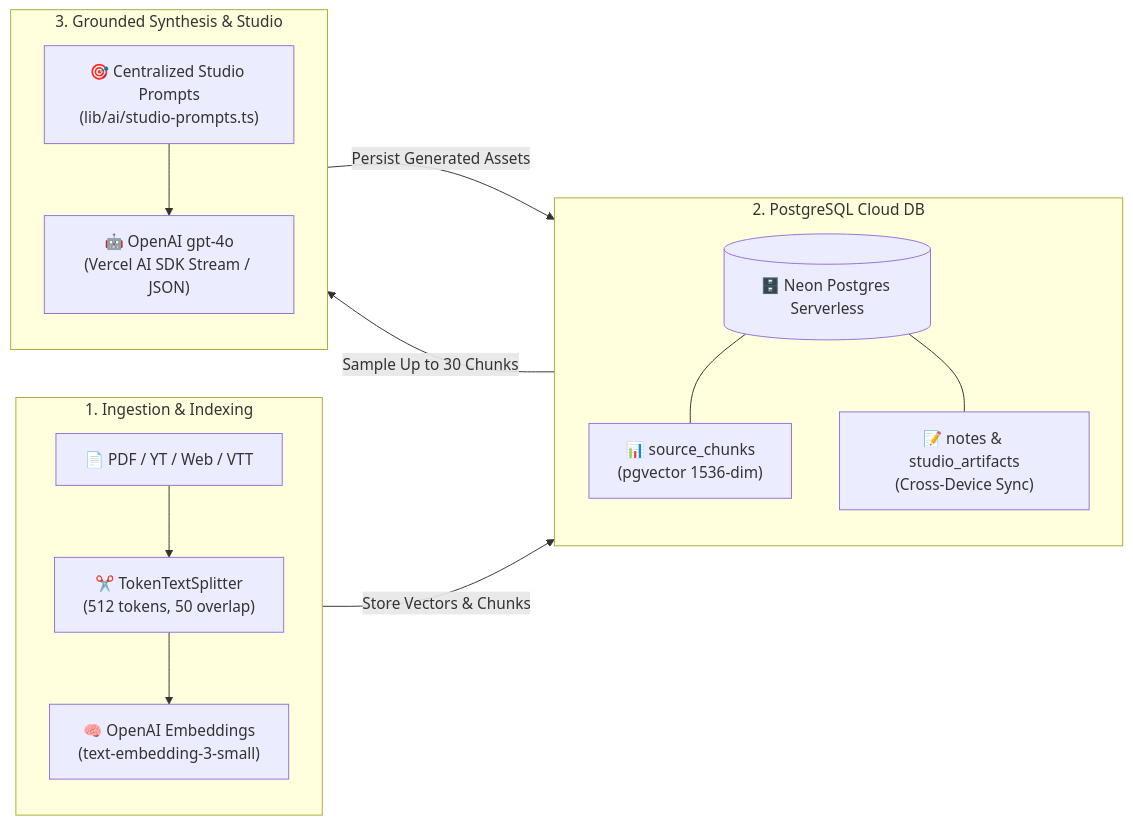
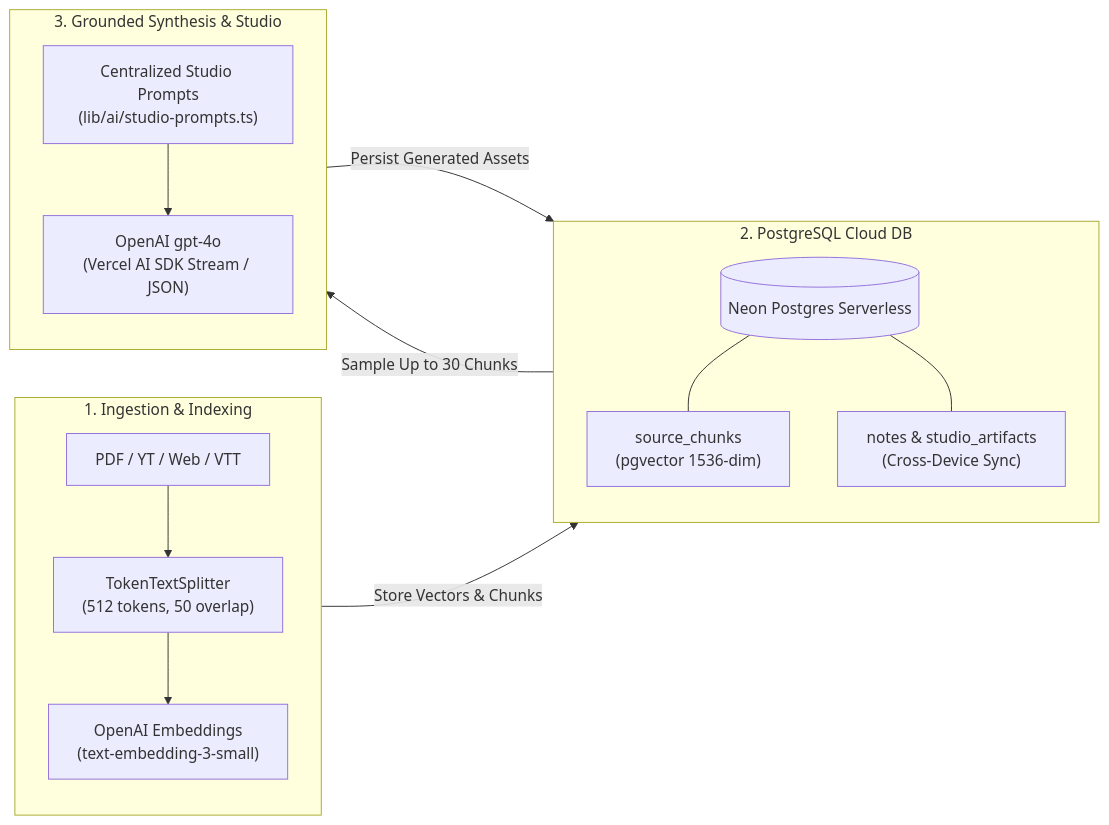
One commit to arunava2018/SourceMind changed the first of 2 diagrams in README.md. Above: the diagram before and after it, drawn with Mermaid. The commit also changed other lines of this file and 5 other files, not shown here.

Commit message:
feat: implement daily generation limit for studio artifacts; add usage tracking and logging

````diff
--- a/README.md
+++ b/README.md
@@ -62,29 +50,29 @@
 ```mermaid
 flowchart LR
     subgraph Sources ["1. Ingestion & Indexing"]
         direction TB
-        PDF["📄 PDF / YT / Web / VTT"]
-        Splitter["✂️ TokenTextSplitter\n(512 tokens, 50 overlap)"]
-        Embedder["🧠 OpenAI Embeddings\n(text-embedding-3-small)"]
+        PDF["PDF / YT / Web / VTT"]
+        Splitter["TokenTextSplitter\n(512 tokens, 50 overlap)"]
+        Embedder["OpenAI Embeddings\n(text-embedding-3-small)"]
         PDF --> Splitter --> Embedder
     end
 
     subgraph Storage ["2. PostgreSQL Cloud DB"]
         direction TB
-        DB[("🗄️ Neon Postgres Serverless")]
-        Table["📊 source_chunks\n(pgvector 1536-dim)"]
-        NotesTable["📝 notes & studio_artifacts\n(Cross-Device Sync)"]
+        DB[("Neon Postgres Serverless")]
+        Table["source_chunks\n(pgvector 1536-dim)"]
+        NotesTable["notes & studio_artifacts\n(Cross-Device Sync)"]
         DB --- Table & NotesTable
     end
 
     subgraph Studio ["3. Grounded Synthesis & Studio"]
         direction TB
-        Prompts["🎯 Centralized Studio Prompts\n(lib/ai/studio-prompts.ts)"]
-        LLM["🤖 OpenAI gpt-4o\n(Vercel AI SDK Stream / JSON)"]
+        Prompts["Centralized Studio Prompts\n(lib/ai/studio-prompts.ts)"]
+        LLM["OpenAI gpt-4o\n(Vercel AI SDK Stream / JSON)"]
         Prompts --> LLM
     end
 
     Embedder -->|"Store Vectors & Chunks"| Storage
     Storage -->|"Sample Up to 30 Chunks"| Studio
     LLM -->|"Persist Generated Assets"| NotesTable
 ```
````
